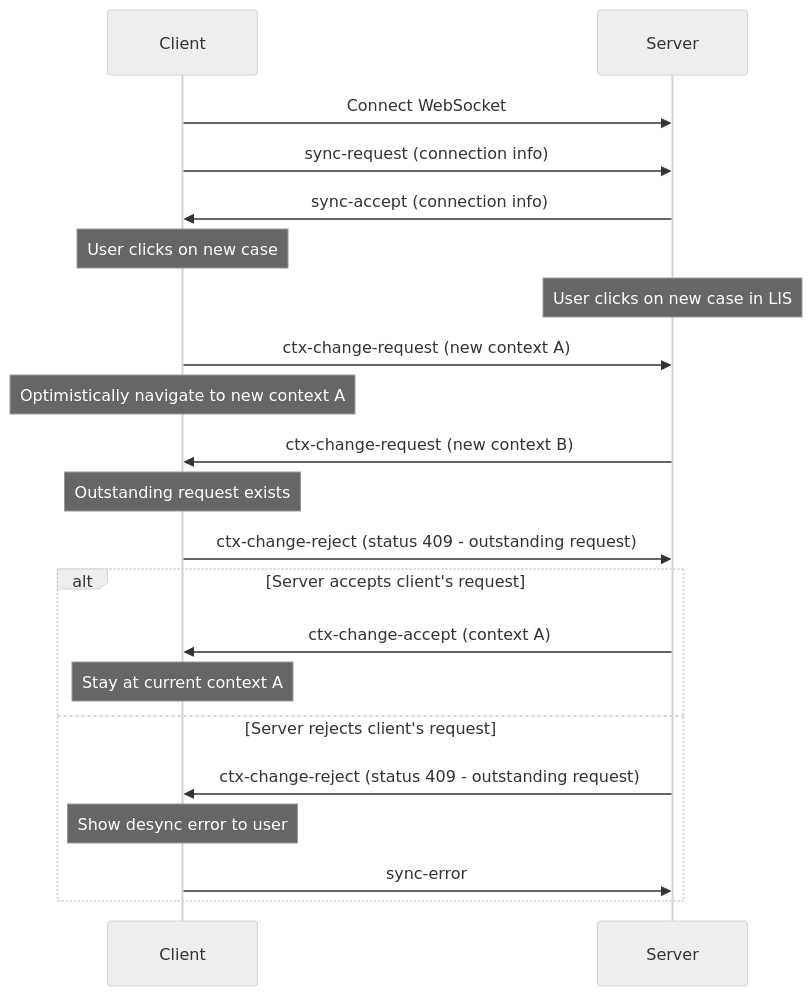
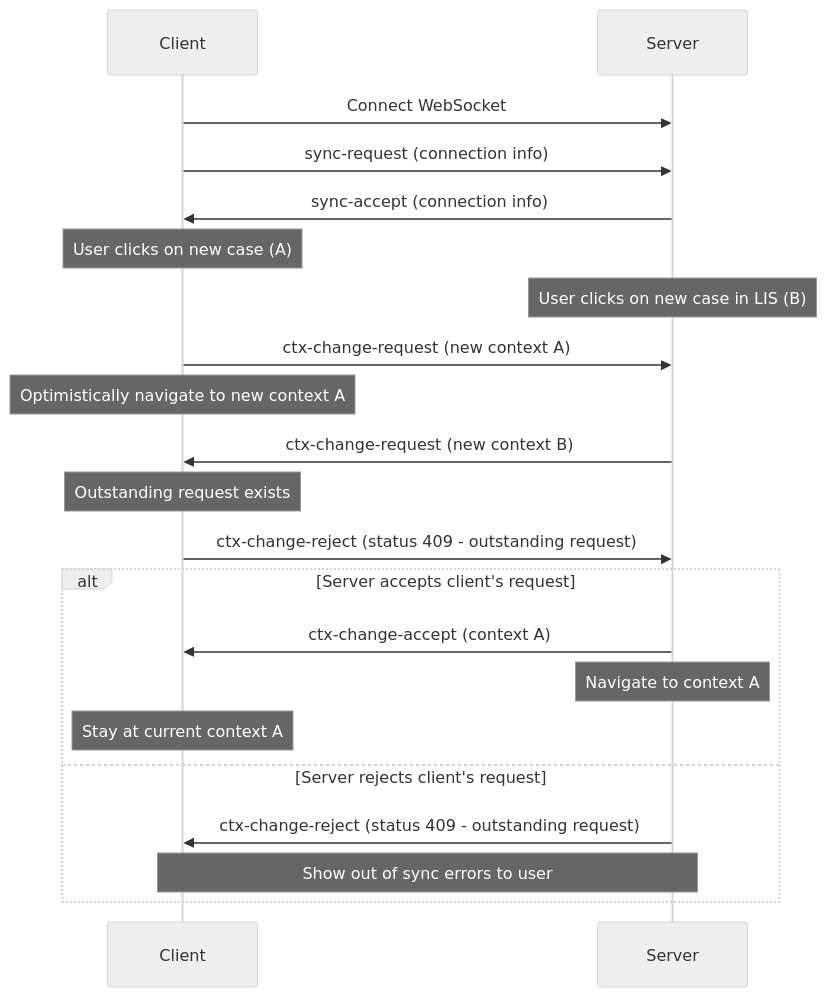
One commit to Techcyte/context-sync changed diagram 13 of 13 in README.md. Above: the diagram before and after it, drawn with Mermaid (neutral theme). The commit also changed other lines of this file and 4 other files, not shown here.

Commit message:
Add ctx-update, ctx-update-request messages. Removed ctx-null, and sync error. Update sameple code and README.

````diff
--- a/README.md
+++ b/README.md
@@ -459,24 +485,24 @@
 ```mermaid
 sequenceDiagram
     participant Client
     participant Server
-    
+
     Client->>Server: Connect WebSocket
     Client->>Server: sync-request (connection info)
     Server->>Client: sync-accept (connection info)
-    Note over Client: User clicks on new case
-    Note over Server: User clicks on new case in LIS
+    Note over Client: User clicks on new case (A)
+    Note over Server: User clicks on new case in LIS (B)
     Client->>Server: ctx-change-request (new context A)
     Note over Client: Optimistically navigate to new context A
     Server->>Client: ctx-change-request (new context B)
     Note over Client: Outstanding request exists
     Client->>Server: ctx-change-reject (status 409 - outstanding request)
     alt Server accepts client's request
         Server->>Client: ctx-change-accept (context A)
+        Note over Server: Navigate to context A
         Note over Client: Stay at current context A
     else Server rejects client's request
         Server->>Client: ctx-change-reject (status 409 - outstanding request)
-        Note over Client: Show desync error to user
-        Client->>Server: sync-error
+        Note over Client,Server: Show out of sync errors to user
     end
 ```
````
